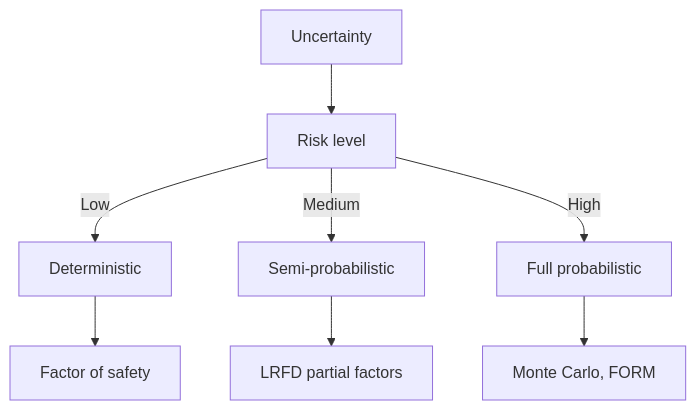
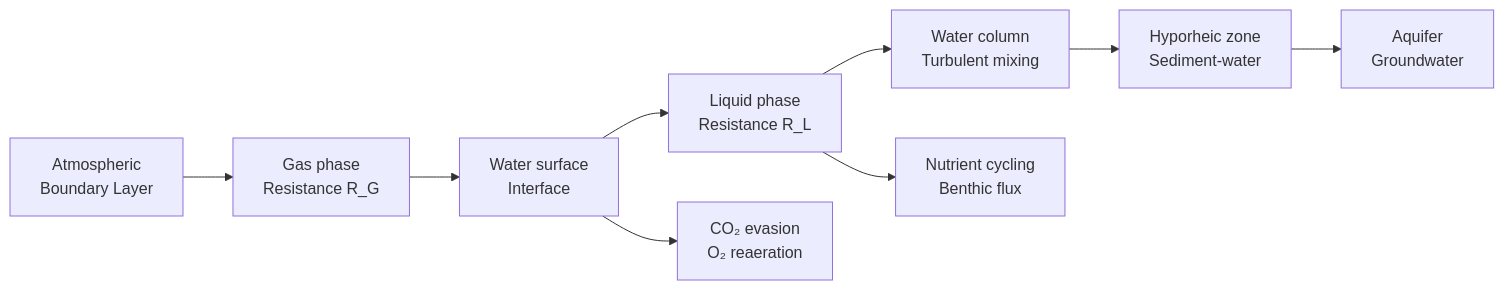
Before and after one commit to yip-lgtm/civil-bootcamp: the ninth of 10 diagrams in MIT_CEE_Core/Track_1_Environment/Fluids_Transport_Engineering/01_1.061_Transport_Processes.md, drawn with Mermaid. The commit also changed other lines of this file and 18 other files, not shown here.

````diff
--- a/MIT_CEE_Core/Track_1_Environment/Fluids_Transport_Engineering/01_1.061_Transport_Processes.md
+++ b/MIT_CEE_Core/Track_1_Environment/Fluids_Transport_Engineering/01_1.061_Transport_Processes.md
@@ -282,10 +480,11 @@
 ```mermaid
-graph TD
-    A[Uncertainty] --> B[Risk level]
-    B -->|Low| C[Deterministic]
-    B -->|Medium| D[Semi-probabilistic]
-    B -->|High| E[Full probabilistic]
-    C --> F[Factor of safety]
-    D --> G[LRFD partial factors]
-    E --> H[Monte Carlo, FORM]
+flowchart LR
+    A[Atmospheric<br/>Boundary Layer] --> B[Gas phase<br/>Resistance R_G]
+    B --> C[Water surface<br/>Interface]
+    C --> D[Liquid phase<br/>Resistance R_L]
+    D --> E[Water column<br/>Turbulent mixing]
+    E --> F[Hyporheic zone<br/>Sediment-water]
+    F --> G[Aquifer<br/>Groundwater]
+    C --> H[CO₂ evasion<br/>O₂ reaeration]
+    D --> I[Nutrient cycling<br/>Benthic flux]
 ```
````
